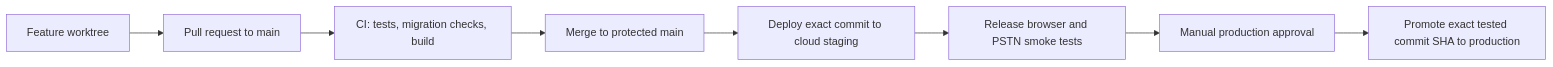
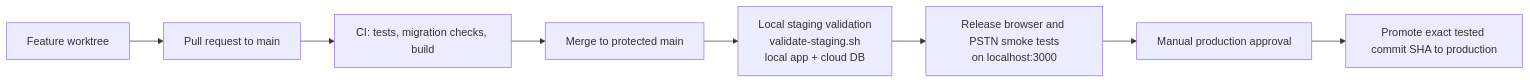
Before and after one commit to gauravdhiman/a1-voice-agent-platform: the diagram in docs/05_operations/deployment/worktree-and-release-strategy.md, drawn with Mermaid. The commit also changed other lines of this file and 7 other files, not shown here.

````diff
--- a/docs/05_operations/deployment/worktree-and-release-strategy.md
+++ b/docs/05_operations/deployment/worktree-and-release-strategy.md
@@ -163,10 +189,10 @@
 ```mermaid
 flowchart LR
     W[Feature worktree] --> P[Pull request to main]
     P --> C[CI: tests, migration checks, build]
     C --> M[Merge to protected main]
-    M --> S[Deploy exact commit to cloud staging]
-    S --> R[Release browser and PSTN smoke tests]
+    M --> S[Local staging validation<br/>validate-staging.sh<br/>local app + cloud DB]
+    S --> R[Release browser and PSTN smoke tests<br/>on localhost:3000]
     R --> A[Manual production approval]
     A --> Q[Promote exact tested commit SHA to production]
 ```
````
